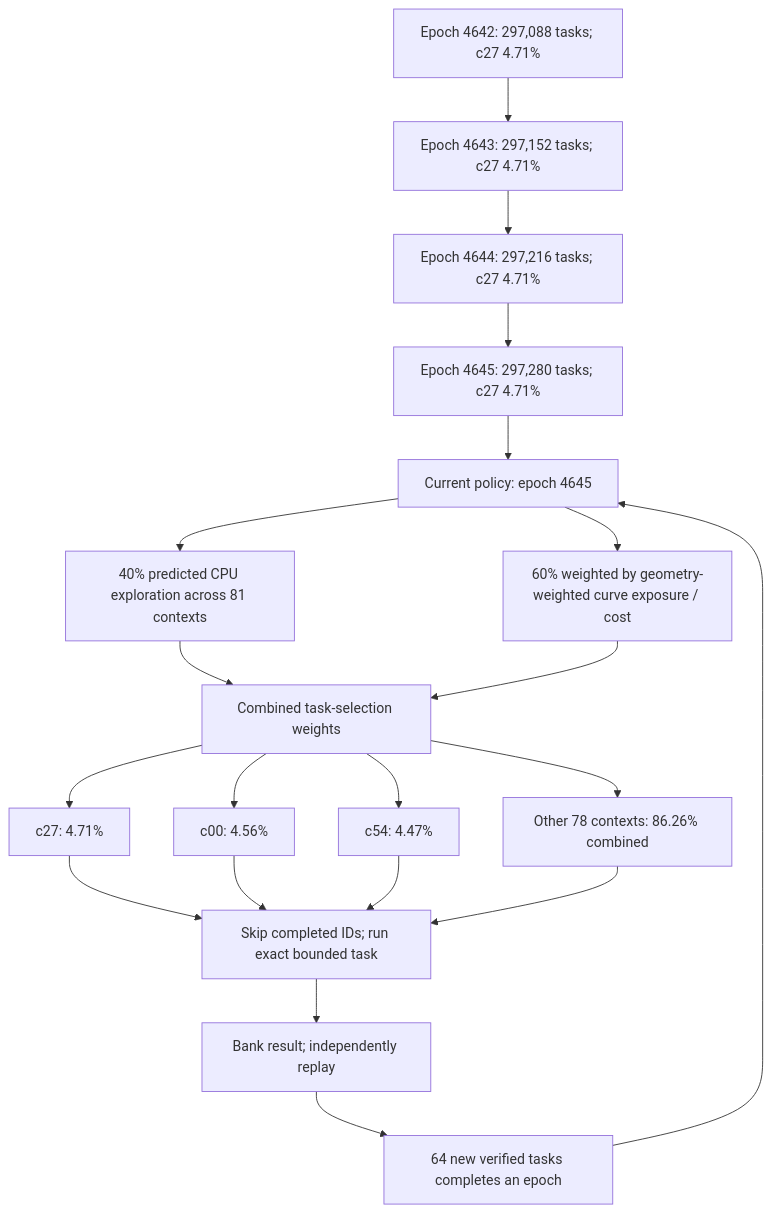
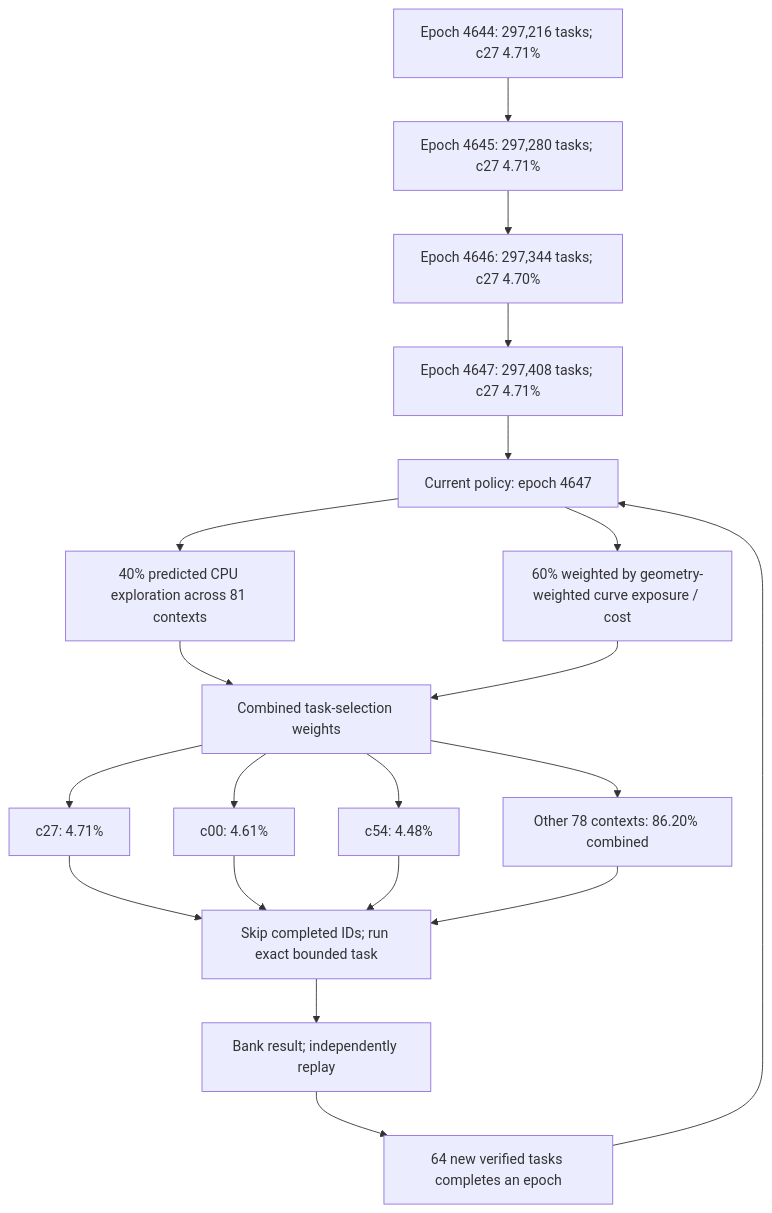
One commit to Kuberwastaken/math-gambling changed the first of 3 diagrams in README.md. Above: the diagram before and after it, drawn with Mermaid. The commit also changed other lines of this file and 350 other files, not shown here.

````diff
--- a/README.md
+++ b/README.md
@@ -60,27 +60,27 @@
 ```mermaid
 flowchart TD
-    H0["Epoch 4642: 297,088 tasks; c27 4.71%"]
-    H1["Epoch 4643: 297,152 tasks; c27 4.71%"]
+    H0["Epoch 4644: 297,216 tasks; c27 4.71%"]
+    H1["Epoch 4645: 297,280 tasks; c27 4.71%"]
     H0 --> H1
-    H2["Epoch 4644: 297,216 tasks; c27 4.71%"]
+    H2["Epoch 4646: 297,344 tasks; c27 4.70%"]
     H1 --> H2
-    H3["Epoch 4645: 297,280 tasks; c27 4.71%"]
+    H3["Epoch 4647: 297,408 tasks; c27 4.71%"]
     H2 --> H3
-    Policy["Current policy: epoch 4645"]
+    Policy["Current policy: epoch 4647"]
     H3 --> Policy
     Policy --> Explore["40% predicted CPU exploration across 81 contexts"]
     Policy --> Cost["60% weighted by geometry-weighted curve exposure / cost"]
     Explore --> Mix["Combined task-selection weights"]
     Cost --> Mix
     Mix --> C0["c27: 4.71%"]
-    Mix --> C1["c00: 4.56%"]
-    Mix --> C2["c54: 4.47%"]
-    Mix --> Rest["Other 78 contexts: 86.26% combined"]
+    Mix --> C1["c00: 4.61%"]
+    Mix --> C2["c54: 4.48%"]
+    Mix --> Rest["Other 78 contexts: 86.20% combined"]
     C0 --> Check["Skip completed IDs; run exact bounded task"]
     C1 --> Check
     C2 --> Check
     Rest --> Check
     Check --> Replay["Bank result; independently replay"]
     Replay --> Gate["64 new verified tasks completes an epoch"]
     Gate --> Policy
 ```
````
